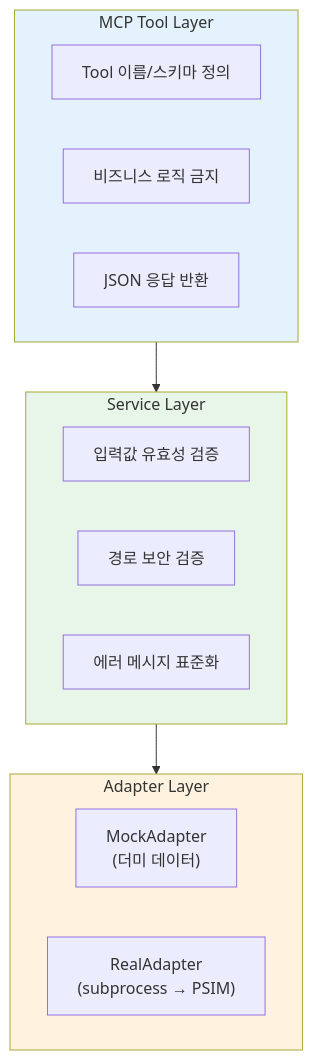
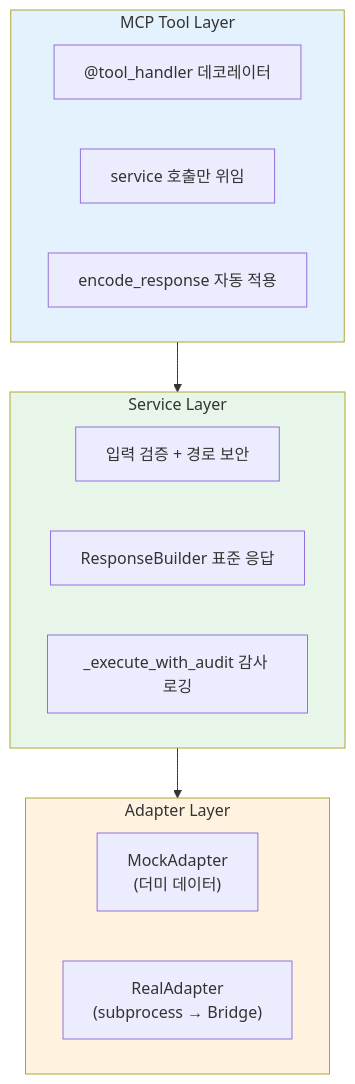
Before and after one commit to zongseung/psim-mcp: the sixth of 7 diagrams in README.md, drawn with Mermaid. The commit also changed other lines of this file, not shown here.

````diff
--- a/README.md
+++ b/README.md
@@ -326,28 +367,28 @@
 ```mermaid
 flowchart TB
     subgraph TOOL["MCP Tool Layer"]
         direction LR
-        T1["Tool 이름/스키마 정의"]
-        T2["비즈니스 로직 금지"]
-        T3["JSON 응답 반환"]
+        T1["@tool_handler 데코레이터"]
+        T2["service 호출만 위임"]
+        T3["encode_response 자동 적용"]
     end
 
     subgraph SVC["Service Layer"]
         direction LR
-        S1["입력값 유효성 검증"]
-        S2["경로 보안 검증"]
-        S3["에러 메시지 표준화"]
+        S1["입력 검증 + 경로 보안"]
+        S2["ResponseBuilder 표준 응답"]
+        S3["_execute_with_audit 감사 로깅"]
     end
 
     subgraph ADP["Adapter Layer"]
         direction LR
         A1["MockAdapter<br/>(더미 데이터)"]
-        A2["RealAdapter<br/>(subprocess → PSIM)"]
+        A2["RealAdapter<br/>(subprocess → Bridge)"]
     end
 
     TOOL --> SVC --> ADP
 
     style TOOL fill:#e3f2fd
     style SVC fill:#e8f5e9
     style ADP fill:#fff3e0
 ```
````
